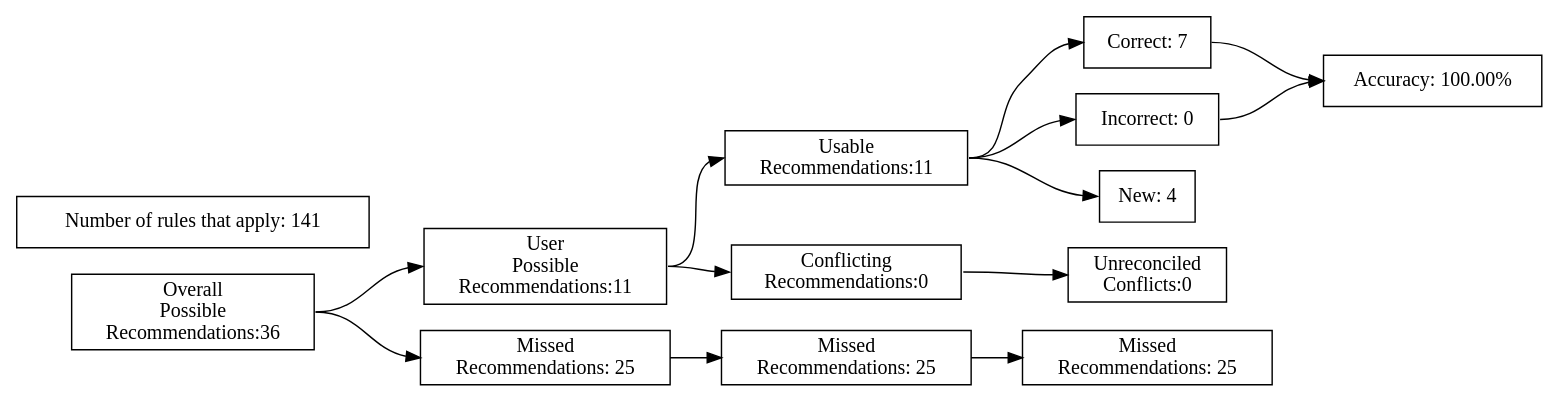
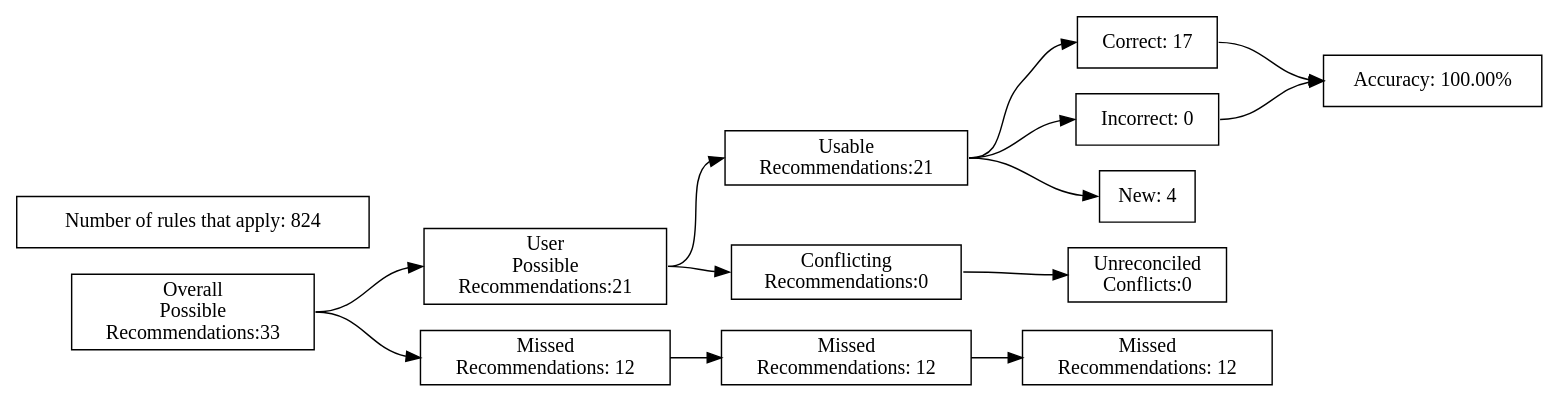
Before and after one commit to ZaxR/ibd_diet_analysis: the diagram in test_renders/32.gv, drawn with Graphviz. The commit also changed 228 other files, not shown here.

```diff
--- a/test_renders/32.gv
+++ b/test_renders/32.gv
@@ -1,40 +1,40 @@
 digraph {
 	graph [rankdir=LR]
 	node [pos=r shape=box]
 	edge [headport=w tailport=e]
 		A [label="Overall
 Possible
-Recommendations:36"]
+Recommendations:33"]
 		B [label="User
 Possible
-Recommendations:11"]
+Recommendations:21"]
 		C [label="Missed
-Recommendations: 25"]
+Recommendations: 12"]
 		D [label="Usable
-Recommendations:11"]
+Recommendations:21"]
 		E [label="Conflicting
 Recommendations:0"]
 		J [label="Missed
-Recommendations: 25"]
+Recommendations: 12"]
 		M [label="Unreconciled
 Conflicts:0"]
-		F [label="Correct: 7"]
+		F [label="Correct: 17"]
 		G [label="Incorrect: 0"]
 		H [label="New: 4"]
 		K [label="Missed
-Recommendations: 25"]
+Recommendations: 12"]
 		I [label="Accuracy: 100.00%"]
-		l [label="Number of rules that apply: 141"]
+		l [label="Number of rules that apply: 824"]
 			A -> B
 			A -> C
 			B -> D
 			B -> E
 			D -> F
 			D -> G
 			D -> H
 			F -> I
 			G -> I
 			C -> J
 			J -> K
 			E -> M
 }
```
